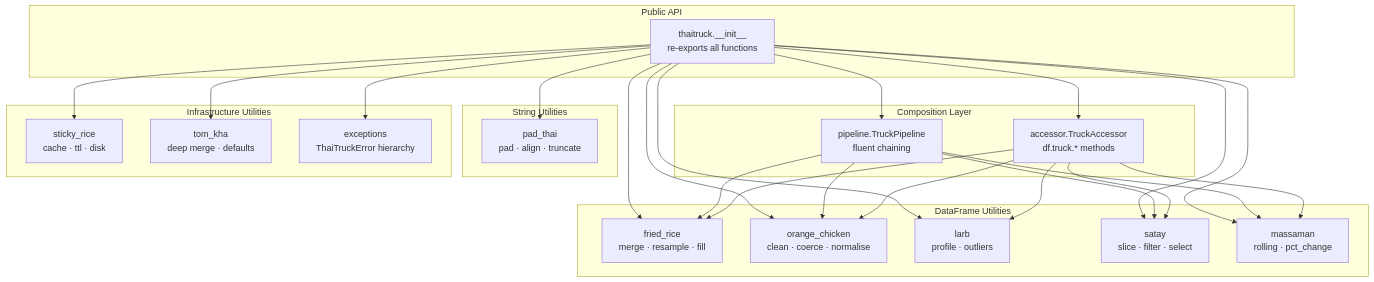
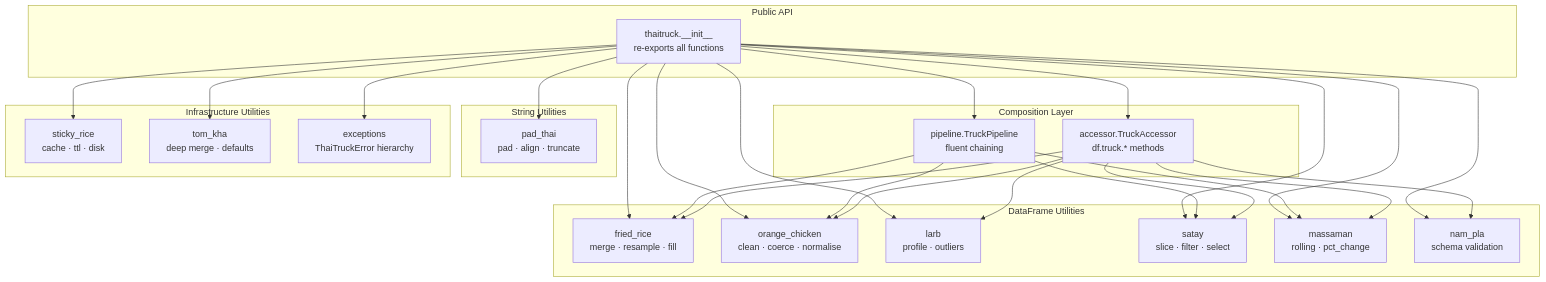
One commit to sgtidwellgit/ThaiTruck changed the second of 4 diagrams in ARCHITECTURE.md. Above: the diagram before and after it, drawn with Mermaid. The commit also changed other lines of this file and 8 other files, not shown here.

First line of the commit message:
Add nam_pla schema validation, merging in the former nam_prik concept

````diff
--- a/ARCHITECTURE.md
+++ b/ARCHITECTURE.md
@@ -133,37 +142,38 @@
 ```mermaid
 graph TD
     subgraph Public API
         INIT[thaitruck.__init__<br/>re-exports all functions]
     end
 
     subgraph Composition Layer
         PIPE[pipeline.TruckPipeline<br/>fluent chaining]
         ACC[accessor.TruckAccessor<br/>df.truck.* methods]
     end
 
     subgraph DataFrame Utilities
         FR[fried_rice<br/>merge · resample · fill]
         OC[orange_chicken<br/>clean · coerce · normalise]
         LB[larb<br/>profile · outliers]
         ST[satay<br/>slice · filter · select]
         MM[massaman<br/>rolling · pct_change]
+        NP_[nam_pla<br/>schema validation]
     end
 
     subgraph String Utilities
         PT[pad_thai<br/>pad · align · truncate]
     end
 
     subgraph Infrastructure Utilities
         SR[sticky_rice<br/>cache · ttl · disk]
         TK[tom_kha<br/>deep merge · defaults]
         EX[exceptions<br/>ThaiTruckError hierarchy]
     end
 
     INIT --> PIPE & ACC
-    INIT --> FR & OC & LB & ST & MM
+    INIT --> FR & OC & LB & ST & MM & NP_
     INIT --> PT
     INIT --> SR & TK & EX
 
     PIPE --> FR & OC & ST & MM
-    ACC --> FR & OC & LB & ST & MM
+    ACC --> FR & OC & LB & ST & MM & NP_
 ```
````
